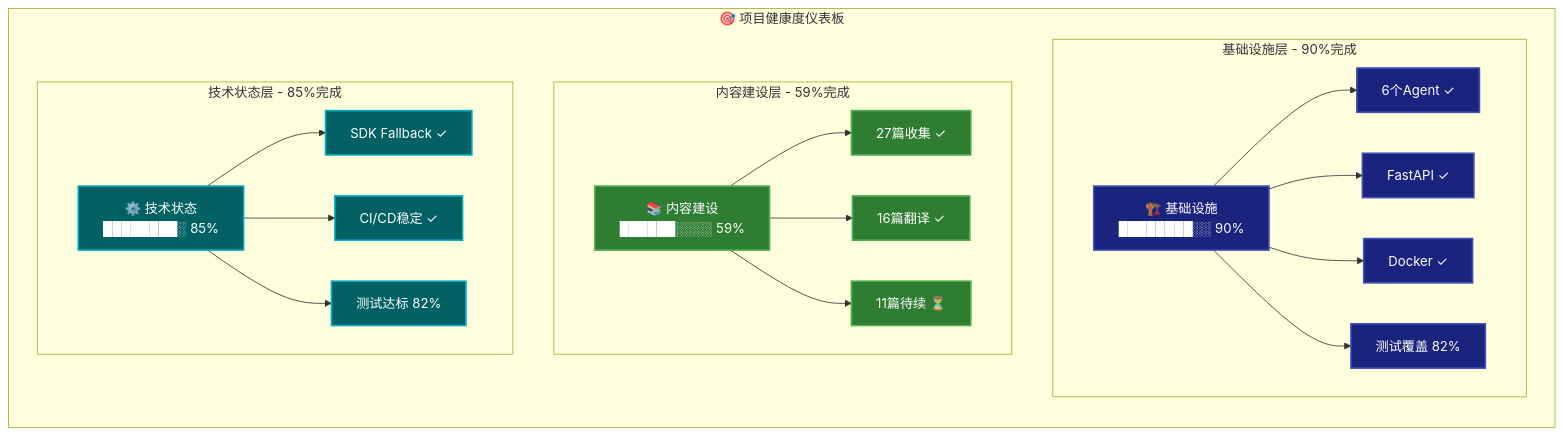
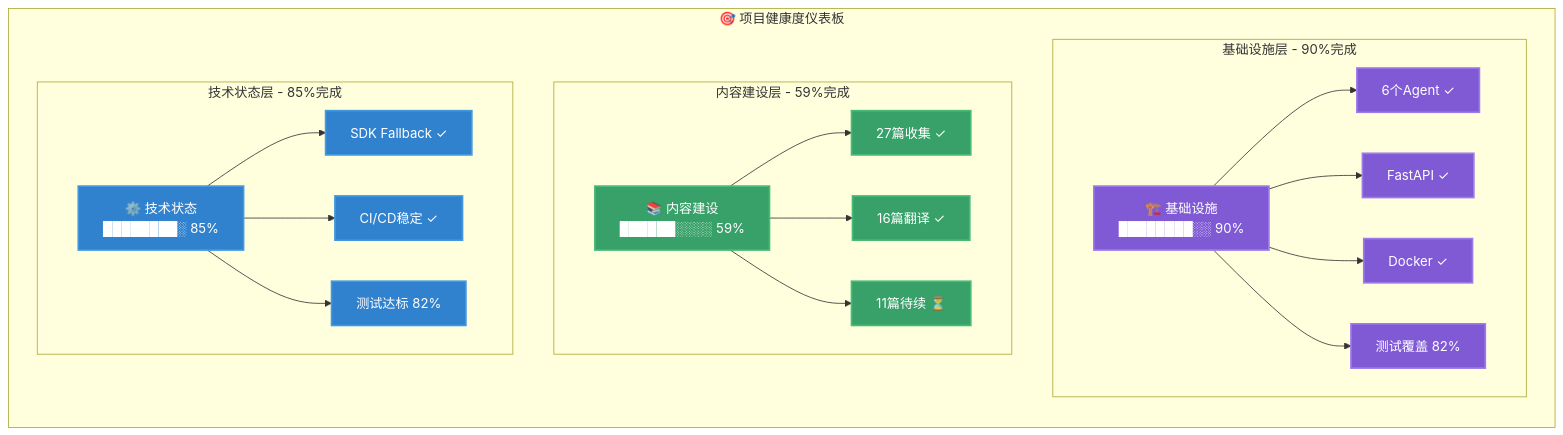
The first of 6 diagrams in docs/000-roadmap.md (ThreeFish-AI/agentic-ai-cognizes), drawn with Mermaid before and after one commit. The commit also changed other lines of this file, not shown here.

First line of the commit message:
docs(roadmap): 优化图表可视化适配深色主题

````diff
--- a/docs/000-roadmap.md
+++ b/docs/000-roadmap.md
@@ -7,36 +7,36 @@
 ```mermaid
 graph TD
     subgraph "🎯 项目健康度仪表板"
         direction TB
 
         subgraph "基础设施层 - 90%完成"
             A1[🏗️ 基础设施<br/><span style='color:#4CAF50;'>████████░░ 90%</span>]
             A1 --> A2["6个Agent ✓"]
             A1 --> A3["FastAPI ✓"]
             A1 --> A4["Docker ✓"]
             A1 --> A5["测试覆盖 82%"]
         end
 
         subgraph "内容建设层 - 59%完成"
-            B1[📚 内容建设<br/><span style='color:#FF9800;'>██████░░░░ 59%</span>]
+            B1[📚 内容建设<br/><span style='color:#ed8936;'>██████░░░░ 59%</span>]
             B1 --> B2["27篇收集 ✓"]
             B1 --> B3["16篇翻译 ✓"]
             B1 --> B4["11篇待续 ⏳"]
         end
 
         subgraph "技术状态层 - 85%完成"
-            C1[⚙️ 技术状态<br/><span style='color:#2196F3;'>████████░ 85%</span>]
+            C1[⚙️ 技术状态<br/><span style='color:#4299e1;'>████████░ 85%</span>]
             C1 --> C2["SDK Fallback ✓"]
             C1 --> C3["CI/CD稳定 ✓"]
             C1 --> C4["测试达标 82%"]
         end
     end
 
-    classDef infrastructure fill:#1a237e,color:#fff,stroke:#3f51b5,stroke-width:2px
-    classDef content fill:#2e7d32,color:#fff,stroke:#4caf50,stroke-width:2px
-    classDef technical fill:#006064,color:#fff,stroke:#00acc1,stroke-width:2px
+    classDef infrastructure fill:#805ad5,color:#fff,stroke:#9f7aea,stroke-width:2px
+    classDef content fill:#38a169,color:#fff,stroke:#48bb78,stroke-width:2px
+    classDef technical fill:#3182ce,color:#fff,stroke:#4299e1,stroke-width:2px
 
     class A1,A2,A3,A4,A5 infrastructure
     class B1,B2,B3,B4 content
     class C1,C2,C3,C4 technical
 ```
````
